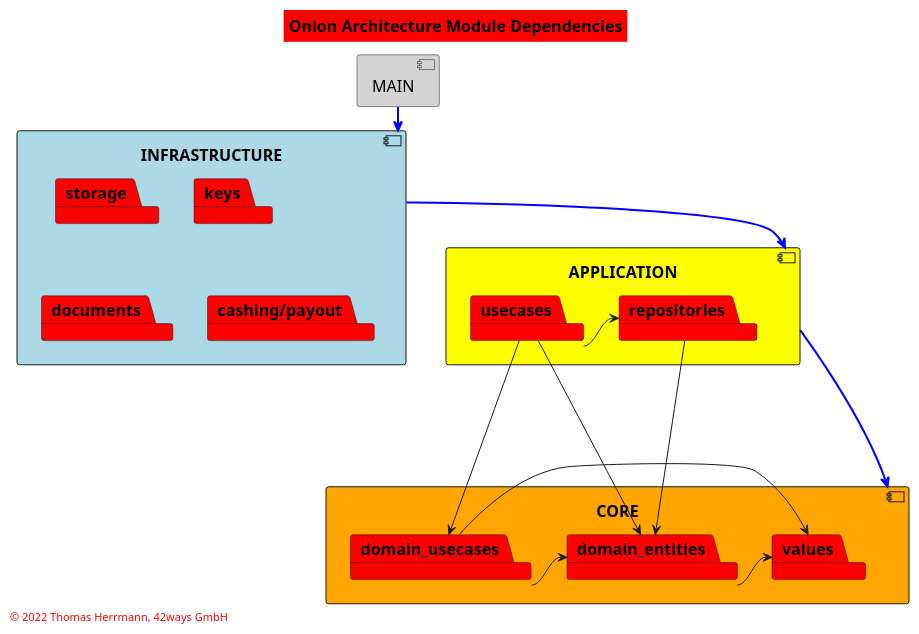
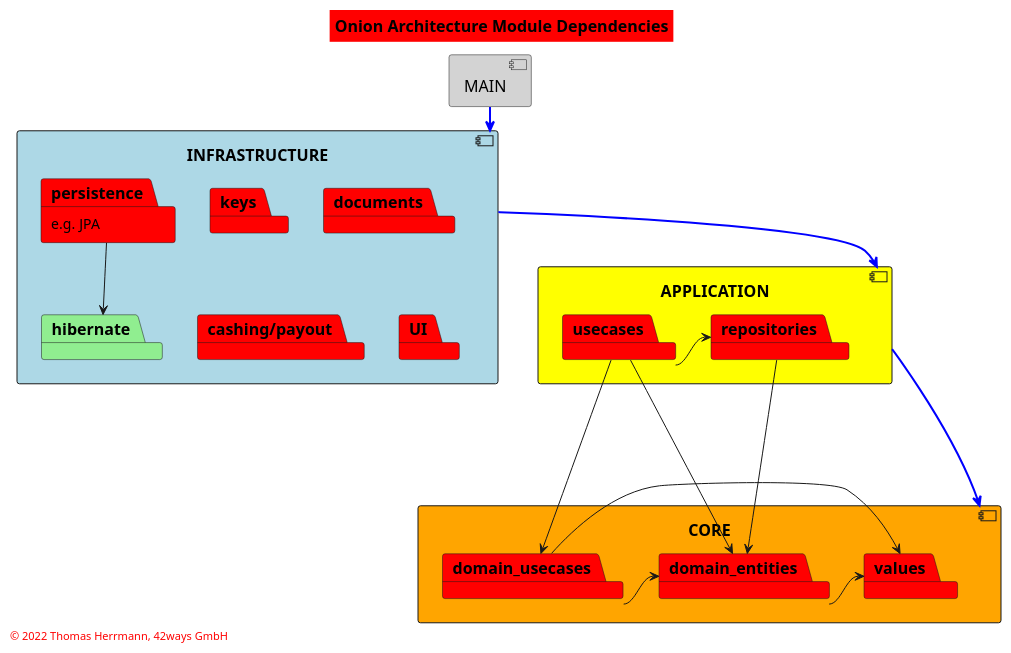
Before and after one commit to 42ways/onion-architecture-blueprint: the diagram in modules+packages.puml, drawn with PlantUML. The commit also changed 1 other file, not shown here.

Commit message:
add UI and hibernate

```diff
--- a/modules+packages.puml
+++ b/modules+packages.puml
@@ -1,66 +1,70 @@
 @startuml
 
 <style>
 title {
   FontSize 16
   FontColor Black
   BackgroundColor Red
 }
 footer {
   HorizontalAlignment left
   FontSize 11
   FontColor red
 }
 </style>
 
 ' skinparam linetype ortho
 ' skinparam titleBorderRoundCorner 15
 ' skinparam titleBorderThickness 2
 ' skinparam titleBorderColor red
 ' skinparam titleBackgroundColor Red
 
 
 title Onion Architecture Module Dependencies
 
 component CORE #orange {
 package domain_usecases
 package domain_entities
 package values
 domain_usecases -> domain_entities
 domain_usecases -> values
 domain_entities -> values
 }
 
 component APPLICATION #yellow {
 package usecases
 package repositories
 usecases -> repositories
 }
 
 repositories -> domain_entities
 usecases --> domain_usecases
 usecases -> domain_entities
 
 component INFRASTRUCTURE #lightblue {
-package storage
+package persistence as "e.g. JPA"
 package keys
 package documents
 package "cashing/payout"
+package UI
+
+package hibernate #lightgreen
+persistence -d-> hibernate
 }
 
 component MAIN #lightgray
 
   MAIN -[#blue,bold]-> INFRASTRUCTURE
 ' MAIN -[#blue,bold]-> APPLICATION
 ' MAIN -[#blue,bold]-> CORE
 
   INFRASTRUCTURE -[#blue,bold]-> APPLICATION
 ' INFRASTRUCTURE -[#blue,bold]-> CORE
 
   APPLICATION --[#blue,bold]--> CORE
 
 footer
 © 2022 Thomas Herrmann, 42ways GmbH
 endfooter
 
 @enduml
```
